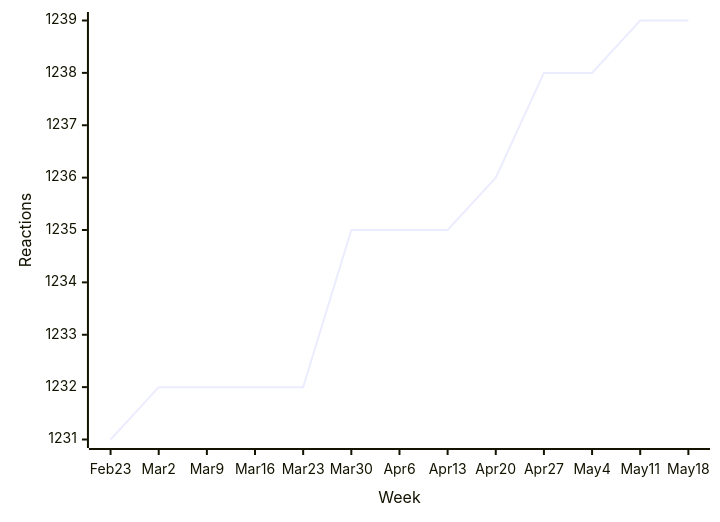
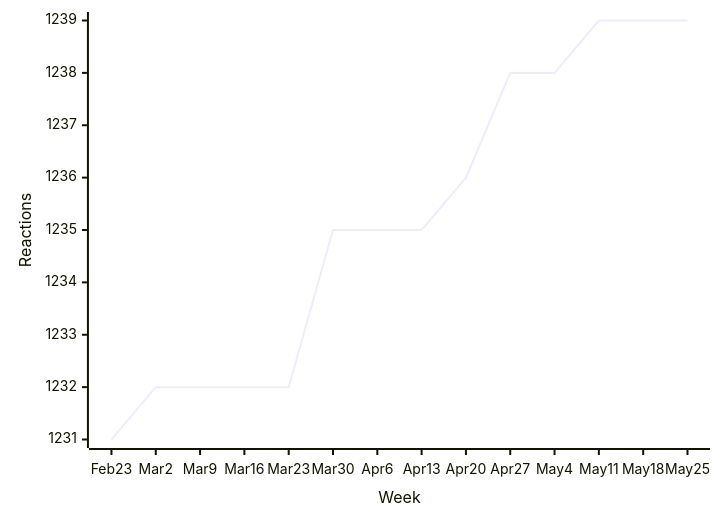
One commit to loic-sharma/github-insights changed diagram 14 of 49 in README.md. Above: the diagram before and after it, drawn with Mermaid. The commit also changed other lines of this file and 3 other files, not shown here.

````diff
--- a/README.md
+++ b/README.md
@@ -560,6 +560,6 @@
   ```mermaid
   xychart-beta
-    x-axis "Week" [Feb 23, Mar 2, Mar 9, Mar 16, Mar 23, Mar 30, Apr 6, Apr 13, Apr 20, Apr 27, May 4, May 11, May 18]
+    x-axis "Week" [Feb 23, Mar 2, Mar 9, Mar 16, Mar 23, Mar 30, Apr 6, Apr 13, Apr 20, Apr 27, May 4, May 11, May 18, May 25]
     y-axis "Reactions"
-    line [1231, 1232, 1232, 1232, 1232, 1235, 1235, 1235, 1236, 1238, 1238, 1239, 1239]
+    line [1231, 1232, 1232, 1232, 1232, 1235, 1235, 1235, 1236, 1238, 1238, 1239, 1239, 1239]
   ```
````
